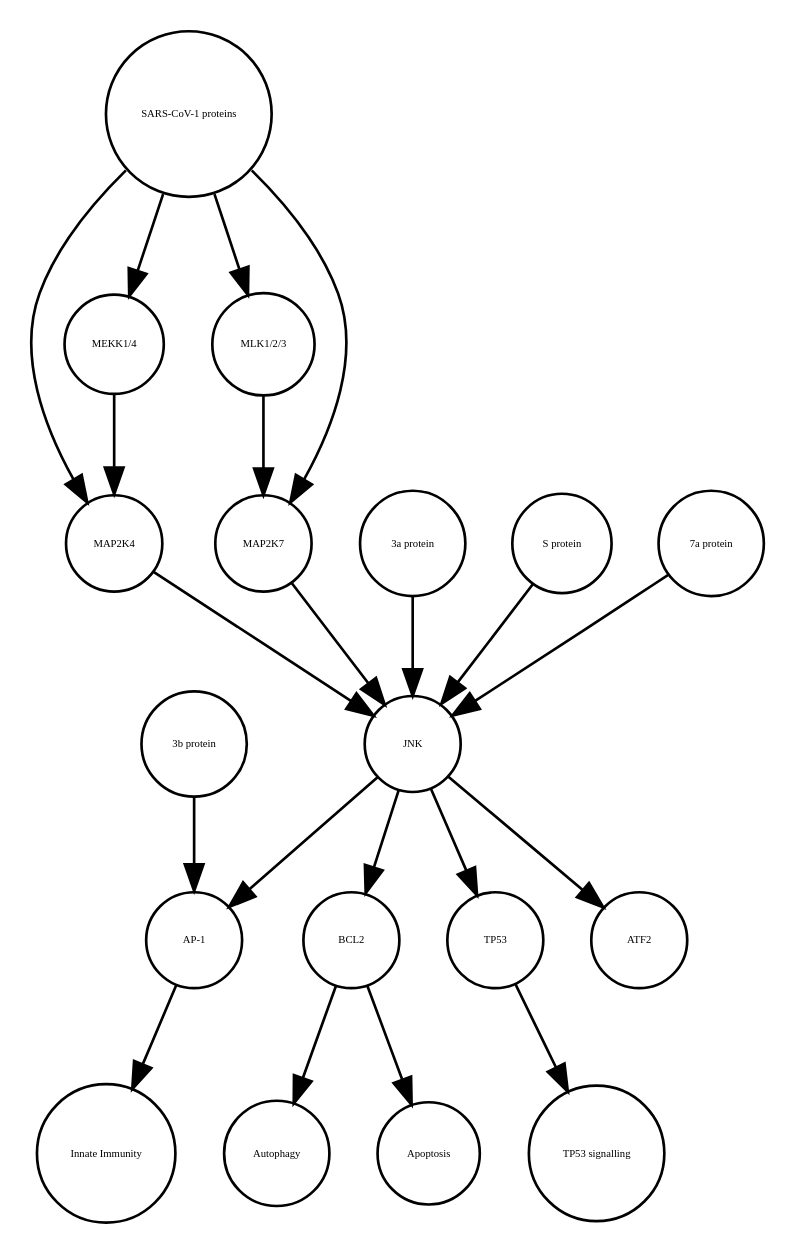
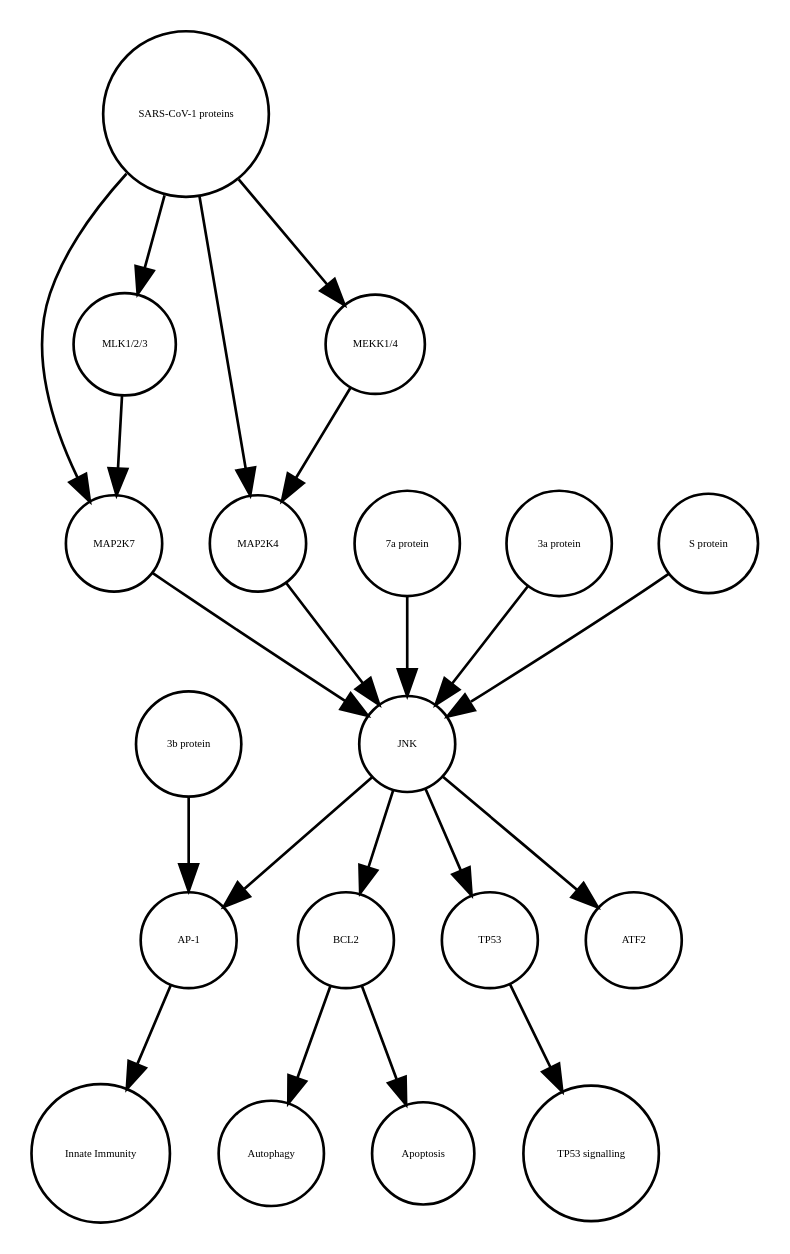
One commit to cannin/covid19-sbgn changed the diagram in JNK_pathway_v2.1.xml_projected.dot. Above: the diagram before and after it, drawn with Graphviz. The commit also changed other lines of this file and 572 other files, not shown here.

```diff
--- a/JNK_pathway_v2.1.xml_projected.dot
+++ b/JNK_pathway_v2.1.xml_projected.dot
@@ -1,40 +1,40 @@
 strict digraph  {
 BCL2 [annotation=urn_miriam_uniprot_P10415, bipartite=0, cls=macromolecule, fontsize=4, label=BCL2, shape=circle];
 Autophagy [annotation="", bipartite=0, cls=phenotype, fontsize=4, label=Autophagy, shape=circle];
 "AP-1" [annotation="", bipartite=0, cls=complex, fontsize=4, label="AP-1", shape=circle];
 "Innate Immunity" [annotation="", bipartite=0, cls=phenotype, fontsize=4, label="Innate Immunity", shape=circle];
 TP53 [annotation=urn_miriam_uniprot_P04637, bipartite=0, cls=macromolecule, fontsize=4, label=TP53, shape=circle];
 "TP53 signalling" [annotation="", bipartite=0, cls=phenotype, fontsize=4, label="TP53 signalling", shape=circle];
 Apoptosis [annotation="", bipartite=0, cls=phenotype, fontsize=4, label=Apoptosis, shape=circle];
+JNK [annotation="", bipartite=0, cls=complex, fontsize=4, label=JNK, shape=circle];
+MAP2K7 [annotation=urn_miriam_uniprot_O14733, bipartite=0, cls=macromolecule, fontsize=4, label=MAP2K7, shape=circle];
+"MLK1/2/3" [annotation="", bipartite=0, cls=complex, fontsize=4, label="MLK1/2/3", shape=circle];
 "3b protein" [annotation="", bipartite=0, cls=macromolecule, fontsize=4, label="3b protein", shape=circle];
-JNK [annotation="", bipartite=0, cls=complex, fontsize=4, label=JNK, shape=circle];
+"7a protein" [annotation="", bipartite=0, cls=macromolecule, fontsize=4, label="7a protein", shape=circle];
 MAP2K4 [annotation=urn_miriam_uniprot_P45985, bipartite=0, cls=macromolecule, fontsize=4, label=MAP2K4, shape=circle];
+"MEKK1/4" [annotation="", bipartite=0, cls=complex, fontsize=4, label="MEKK1/4", shape=circle];
+"3a protein" [annotation="", bipartite=0, cls=macromolecule, fontsize=4, label="3a protein", shape=circle];
 "SARS-CoV-1 proteins" [annotation="", bipartite=0, cls=complex, fontsize=4, label="SARS-CoV-1 proteins", shape=circle];
+"S protein" [annotation="", bipartite=0, cls=macromolecule, fontsize=4, label="S protein", shape=circle];
 ATF2 [annotation=urn_miriam_uniprot_P15336, bipartite=0, cls=macromolecule, fontsize=4, label=ATF2, shape=circle];
-"MLK1/2/3" [annotation="", bipartite=0, cls=complex, fontsize=4, label="MLK1/2/3", shape=circle];
-"3a protein" [annotation="", bipartite=0, cls=macromolecule, fontsize=4, label="3a protein", shape=circle];
-"S protein" [annotation="", bipartite=0, cls=macromolecule, fontsize=4, label="S protein", shape=circle];
-"MEKK1/4" [annotation="", bipartite=0, cls=complex, fontsize=4, label="MEKK1/4", shape=circle];
-MAP2K7 [annotation=urn_miriam_uniprot_O14733, bipartite=0, cls=macromolecule, fontsize=4, label=MAP2K7, shape=circle];
-"7a protein" [annotation="", bipartite=0, cls=macromolecule, fontsize=4, label="7a protein", shape=circle];
 BCL2 -> Autophagy  [annotation="", interaction_type="necessary stimulation"];
 BCL2 -> Apoptosis  [annotation="", interaction_type=inhibition];
 "AP-1" -> "Innate Immunity"  [annotation="", interaction_type="necessary stimulation"];
 TP53 -> "TP53 signalling"  [annotation="", interaction_type="necessary stimulation"];
-"3b protein" -> "AP-1"  [annotation=urn_miriam_pubmed_21561061, interaction_type=stimulation];
+JNK -> BCL2  [annotation=urn_miriam_pubmed_10567572, interaction_type=stimulation];
 JNK -> "AP-1"  [annotation=urn_miriam_pubmed_21561061, interaction_type=stimulation];
-JNK -> BCL2  [annotation=urn_miriam_pubmed_10567572, interaction_type=stimulation];
 JNK -> ATF2  [annotation="", interaction_type=stimulation];
 JNK -> TP53  [annotation="", interaction_type=stimulation];
+MAP2K7 -> JNK  [annotation=urn_miriam_pubmed_17141229, interaction_type=stimulation];
+"MLK1/2/3" -> MAP2K7  [annotation="urn_miriam_pubmed_31226023|urn_miriam_taxonomy_694009", interaction_type=stimulation];
+"3b protein" -> "AP-1"  [annotation=urn_miriam_pubmed_21561061, interaction_type=stimulation];
+"7a protein" -> JNK  [annotation=urn_miriam_pubmed_17141229, interaction_type=stimulation];
 MAP2K4 -> JNK  [annotation=urn_miriam_pubmed_17141229, interaction_type=stimulation];
+"MEKK1/4" -> MAP2K4  [annotation="urn_miriam_pubmed_31226023|urn_miriam_taxonomy_694009", interaction_type=stimulation];
+"3a protein" -> JNK  [annotation=urn_miriam_pubmed_17141229, interaction_type=stimulation];
+"SARS-CoV-1 proteins" -> "MEKK1/4"  [annotation="urn_miriam_pubmed_31226023|urn_miriam_taxonomy_694009", interaction_type=stimulation];
 "SARS-CoV-1 proteins" -> MAP2K4  [annotation="urn_miriam_pubmed_31226023|urn_miriam_taxonomy_694009", interaction_type=stimulation];
 "SARS-CoV-1 proteins" -> "MLK1/2/3"  [annotation="urn_miriam_taxonomy_694009|urn_miriam_pubmed_31226023", interaction_type=stimulation];
 "SARS-CoV-1 proteins" -> MAP2K7  [annotation="urn_miriam_pubmed_31226023|urn_miriam_taxonomy_694009", interaction_type=stimulation];
-"SARS-CoV-1 proteins" -> "MEKK1/4"  [annotation="urn_miriam_pubmed_31226023|urn_miriam_taxonomy_694009", interaction_type=stimulation];
-"MLK1/2/3" -> MAP2K7  [annotation="urn_miriam_pubmed_31226023|urn_miriam_taxonomy_694009", interaction_type=stimulation];
-"3a protein" -> JNK  [annotation=urn_miriam_pubmed_17141229, interaction_type=stimulation];
 "S protein" -> JNK  [annotation=urn_miriam_pubmed_17267381, interaction_type=stimulation];
-"MEKK1/4" -> MAP2K4  [annotation="urn_miriam_pubmed_31226023|urn_miriam_taxonomy_694009", interaction_type=stimulation];
-MAP2K7 -> JNK  [annotation=urn_miriam_pubmed_17141229, interaction_type=stimulation];
-"7a protein" -> JNK  [annotation=urn_miriam_pubmed_17141229, interaction_type=stimulation];
 }
```
